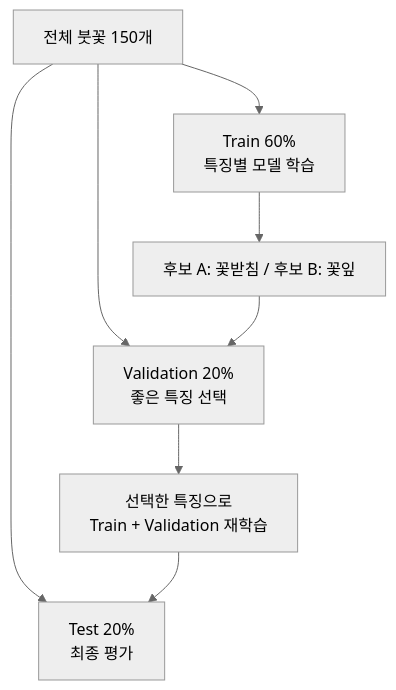
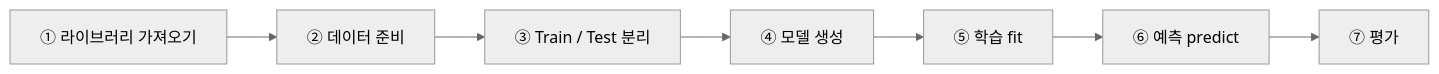
Before and after one commit to JSeong2024/MYPAUL-PYTHONEDU: the third of 4 diagrams in Classroom/PYTHON-2026-09/Intermediate/Lecture/Week-07/README.md, drawn with Mermaid (neutral theme). The commit also changed other lines of this file and 12 other files, not shown here.

````diff
--- a/Classroom/PYTHON-2026-09/Intermediate/Lecture/Week-07/README.md
+++ b/Classroom/PYTHON-2026-09/Intermediate/Lecture/Week-07/README.md
@@ -572,10 +260,9 @@
 ```mermaid
-flowchart TB
-    D[전체 붓꽃 150개] --> A[Train 60%<br/>특징별 모델 학습]
-    D --> B[Validation 20%<br/>좋은 특징 선택]
-    D --> C[Test 20%<br/>최종 평가]
-    A --> V[후보 A: 꽃받침 / 후보 B: 꽃잎]
-    V --> B
-    B --> R[선택한 특징으로<br/>Train + Validation 재학습]
-    R --> C
+flowchart LR
+    A[① 라이브러리 가져오기] --> B[② 데이터 준비]
+    B --> C[③ Train / Test 분리]
+    C --> D[④ 모델 생성]
+    D --> E[⑤ 학습 fit]
+    E --> F[⑥ 예측 predict]
+    F --> G[⑦ 평가]
 ```
````
